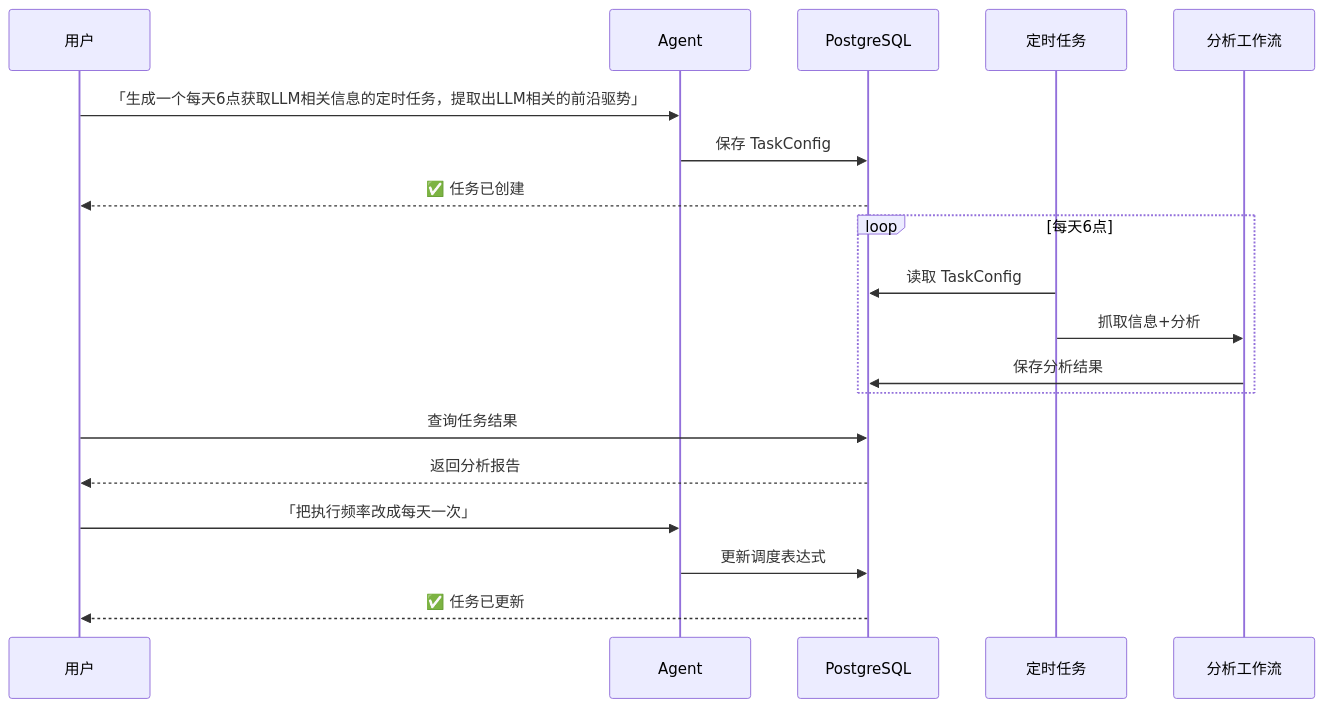
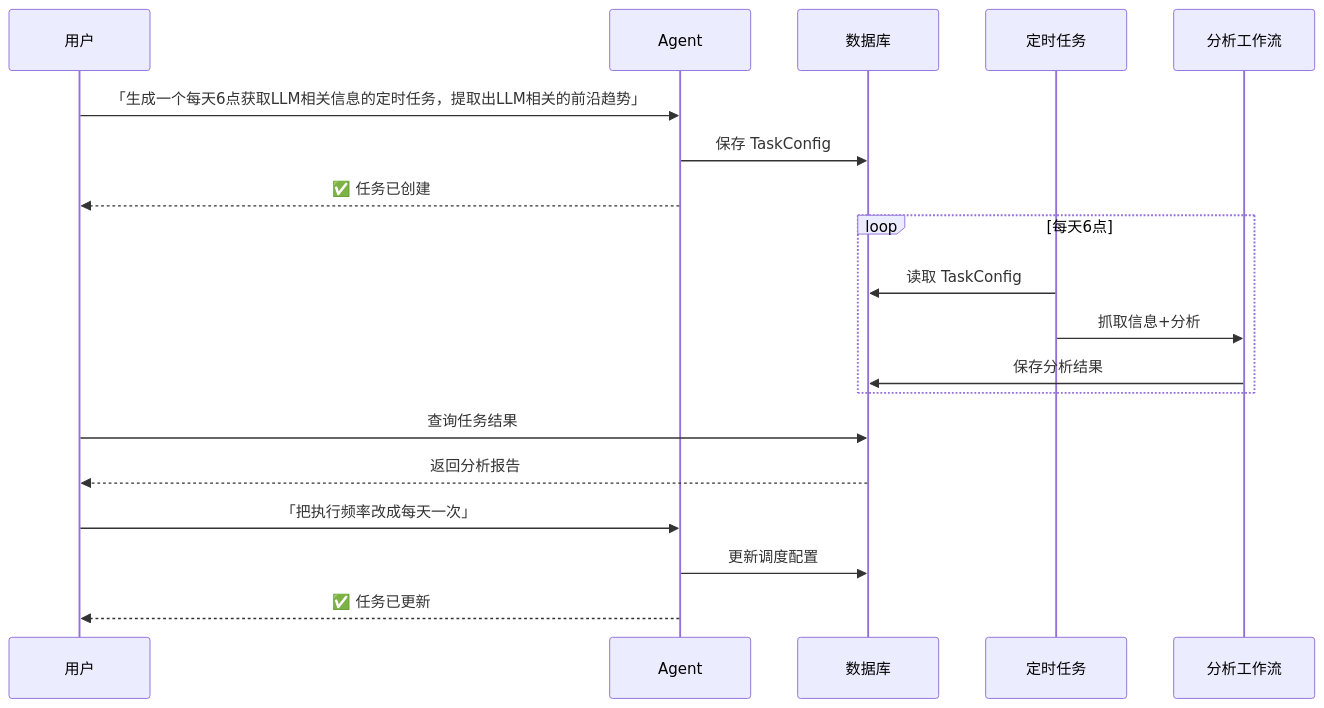
One commit to JinJieBeWater/redgent changed the first of 4 diagrams in README.md. Above: the diagram before and after it, drawn with Mermaid. The commit also changed other lines of this file and 9 other files, not shown here.

````diff
--- a/README.md
+++ b/README.md
@@ -39,30 +67,30 @@
 ```mermaid
 %% Redgent 核心任务流程
 sequenceDiagram
     participant U as 用户
     participant AI as Agent
-    participant PG as PostgreSQL
+    participant DB as 数据库
     participant SCH as 定时任务
     participant WF as 分析工作流
 
     %% 1. 创建任务
-    U->>AI: 「生成一个每天6点获取LLM相关信息的定时任务，提取出LLM相关的前沿驱势」
-    AI->>PG: 保存 TaskConfig
-    PG-->>U: ✅ 任务已创建
+    U->>AI: 「生成一个每天6点获取LLM相关信息的定时任务，提取出LLM相关的前沿趋势」
+    AI->>DB: 保存 TaskConfig
+    AI-->>U: ✅ 任务已创建
 
     %% 2. 定时执行
     loop 每天6点
-        SCH->>PG: 读取 TaskConfig
+        SCH->>DB: 读取 TaskConfig
         SCH->>WF: 抓取信息+分析
-        WF->>PG: 保存分析结果
+        WF->>DB: 保存分析结果
     end
 
     %% 3. 查看结果
-    U->>PG: 查询任务结果
-    PG-->>U: 返回分析报告
+    U->>DB: 查询任务结果
+    DB-->>U: 返回分析报告
 
     %% 4. 修改任务
     U->>AI: 「把执行频率改成每天一次」
-    AI->>PG: 更新调度表达式
-    PG-->>U: ✅ 任务已更新
+    AI->>DB: 更新调度配置
+    AI-->>U: ✅ 任务已更新
 ```
````
